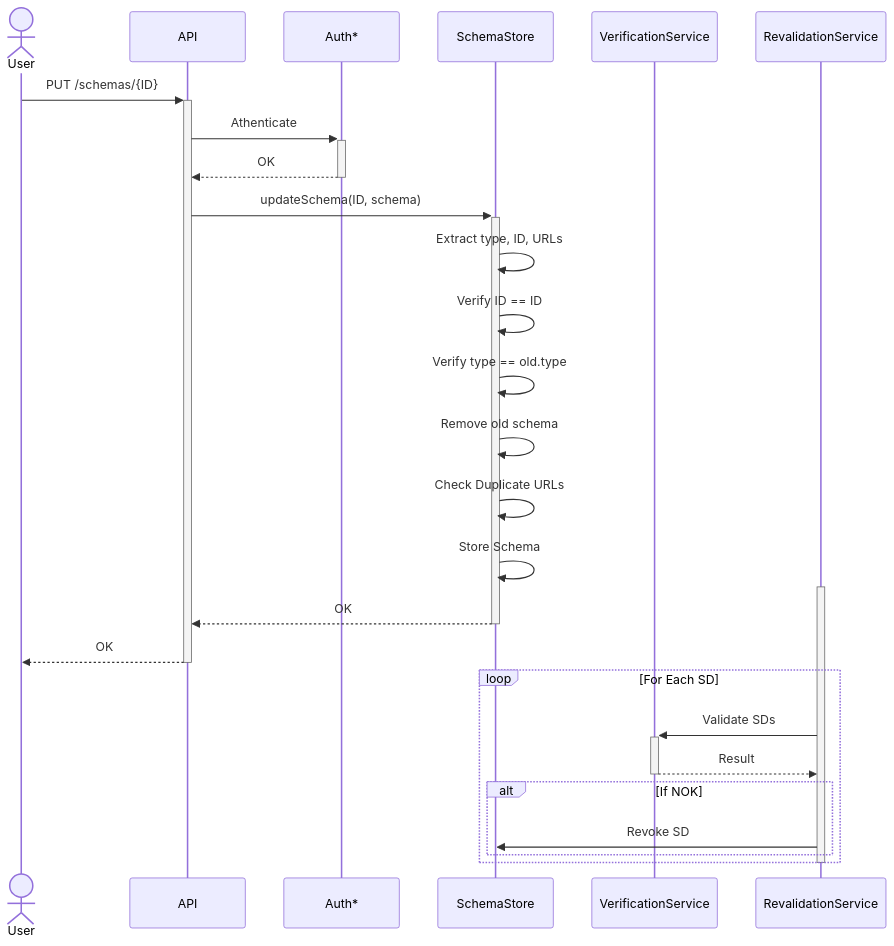
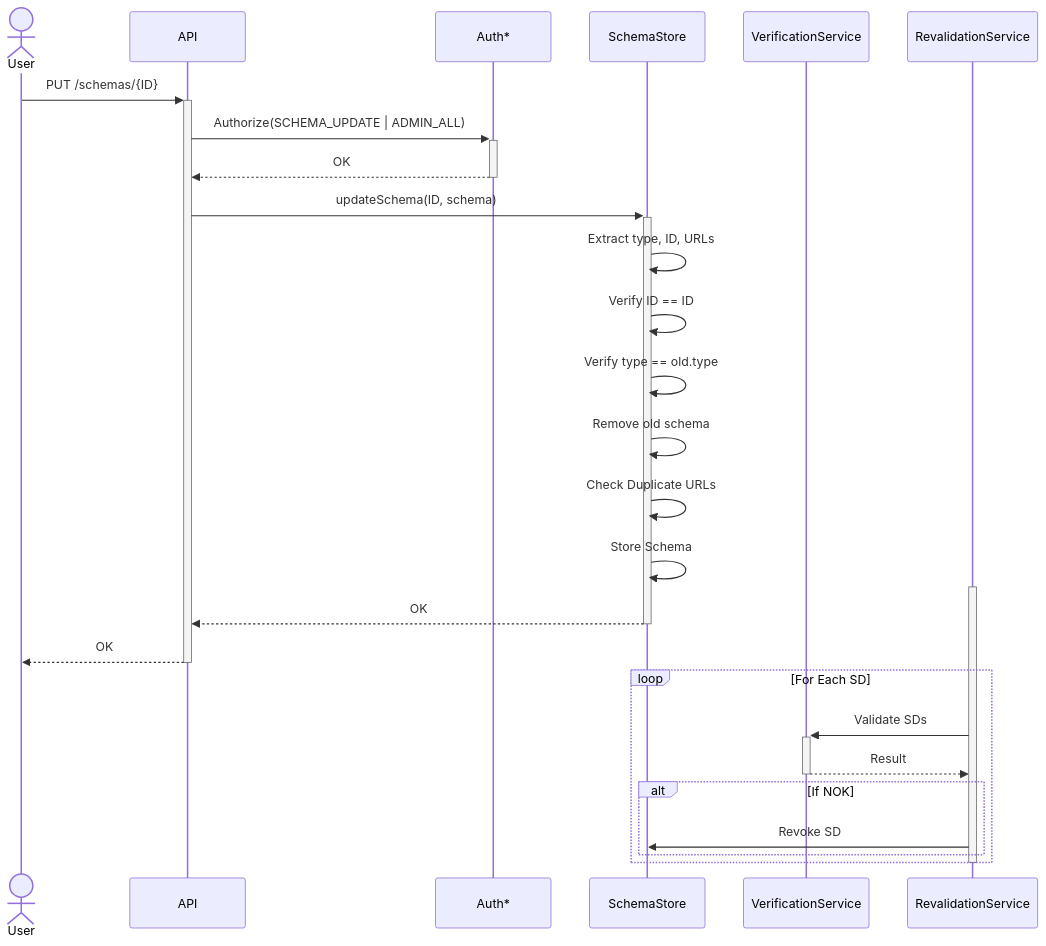
Before and after one commit to federated-catalogue-enhancements-2026/docs: diagram 25 of 34 in federated-catalogue/src/docs/architecture/chapters/06_runtime_view.adoc, drawn with Mermaid. The commit also changed other lines of this file and 2 other files, not shown here.

```diff
--- a/federated-catalogue/src/docs/architecture/chapters/06_runtime_view.adoc
+++ b/federated-catalogue/src/docs/architecture/chapters/06_runtime_view.adoc
@@ -770,31 +794,31 @@
 [mermaid, width=2000]
 ....
 sequenceDiagram
     actor User
     participant API
     participant Auth as Auth*
     participant SchemaStore
     participant Verification as VerificationService
     participant Revalidation as RevalidationService
     User ->> + API:PUT /schemas/{ID}
-    API ->> + Auth:Athenticate
+    API ->> + Auth:Authorize(SCHEMA_UPDATE | ADMIN_ALL)
     Auth -->> - API:OK
     API ->> + SchemaStore:updateSchema(ID, schema)
     SchemaStore ->> SchemaStore:Extract type, ID, URLs
     SchemaStore ->> SchemaStore:Verify ID == ID
     SchemaStore ->> SchemaStore:Verify type == old.type
     SchemaStore ->> SchemaStore:Remove old schema
     SchemaStore ->> SchemaStore:Check Duplicate URLs
     SchemaStore ->> SchemaStore:Store Schema
     activate Revalidation
     SchemaStore -->> -API:OK
     API -->> - User:OK
     loop For Each SD
         Revalidation ->> + Verification:Validate SDs
         Verification -->> - Revalidation:Result
         alt If NOK
             Revalidation ->> SchemaStore:Revoke SD
         end
     end
     deactivate Revalidation
 ....
```
